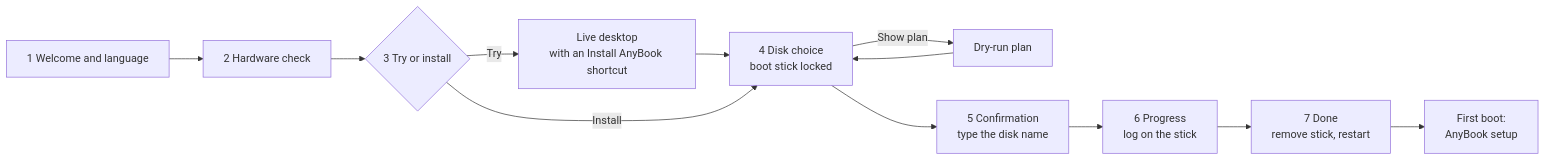
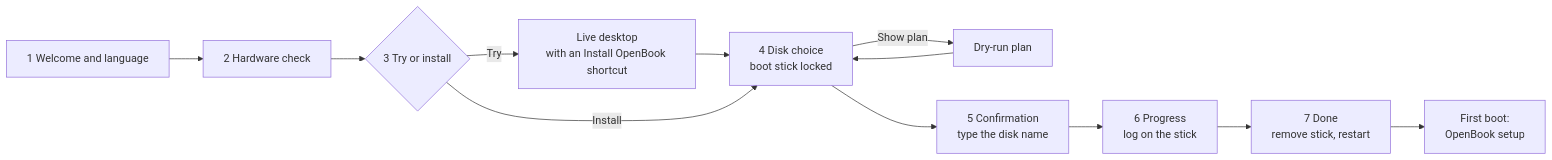
The diagram in docs/installer.md (Mhsbrian/AnyBook), drawn with Mermaid before and after one commit. The commit also changed other lines of this file and 14 other files, not shown here.

First line of the commit message:
Rename the project from AnyBook to OpenBook in the README and docs

````diff
--- a/docs/installer.md
+++ b/docs/installer.md
@@ -225,14 +225,14 @@
 ```mermaid
 flowchart LR
   A[1 Welcome and language] --> B[2 Hardware check]
   B --> C{3 Try or install}
-  C -- Try --> T[Live desktop<br/>with an Install AnyBook shortcut]
+  C -- Try --> T[Live desktop<br/>with an Install OpenBook shortcut]
   T --> D
   C -- Install --> D[4 Disk choice<br/>boot stick locked]
   D -- Show plan --> P[Dry-run plan]
   P --> D
   D --> E[5 Confirmation<br/>type the disk name]
   E --> F[6 Progress<br/>log on the stick]
   F --> G[7 Done<br/>remove stick, restart]
-  G --> S[First boot:<br/>AnyBook setup]
+  G --> S[First boot:<br/>OpenBook setup]
 ```
````
